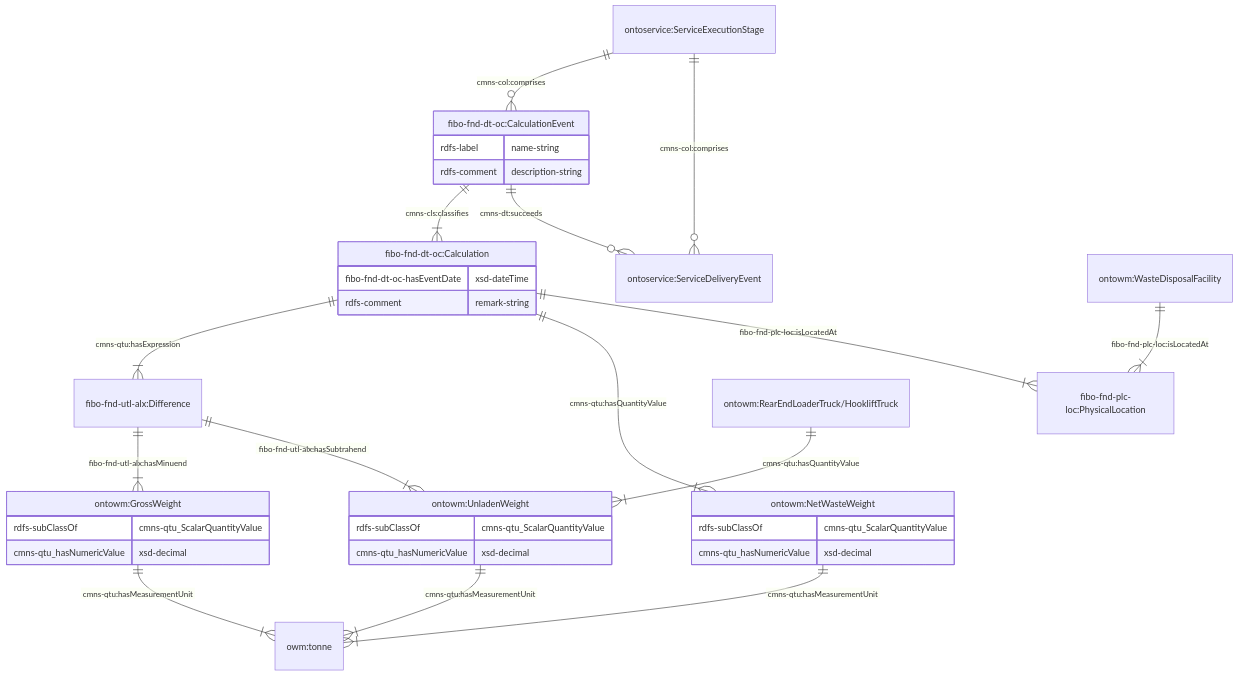
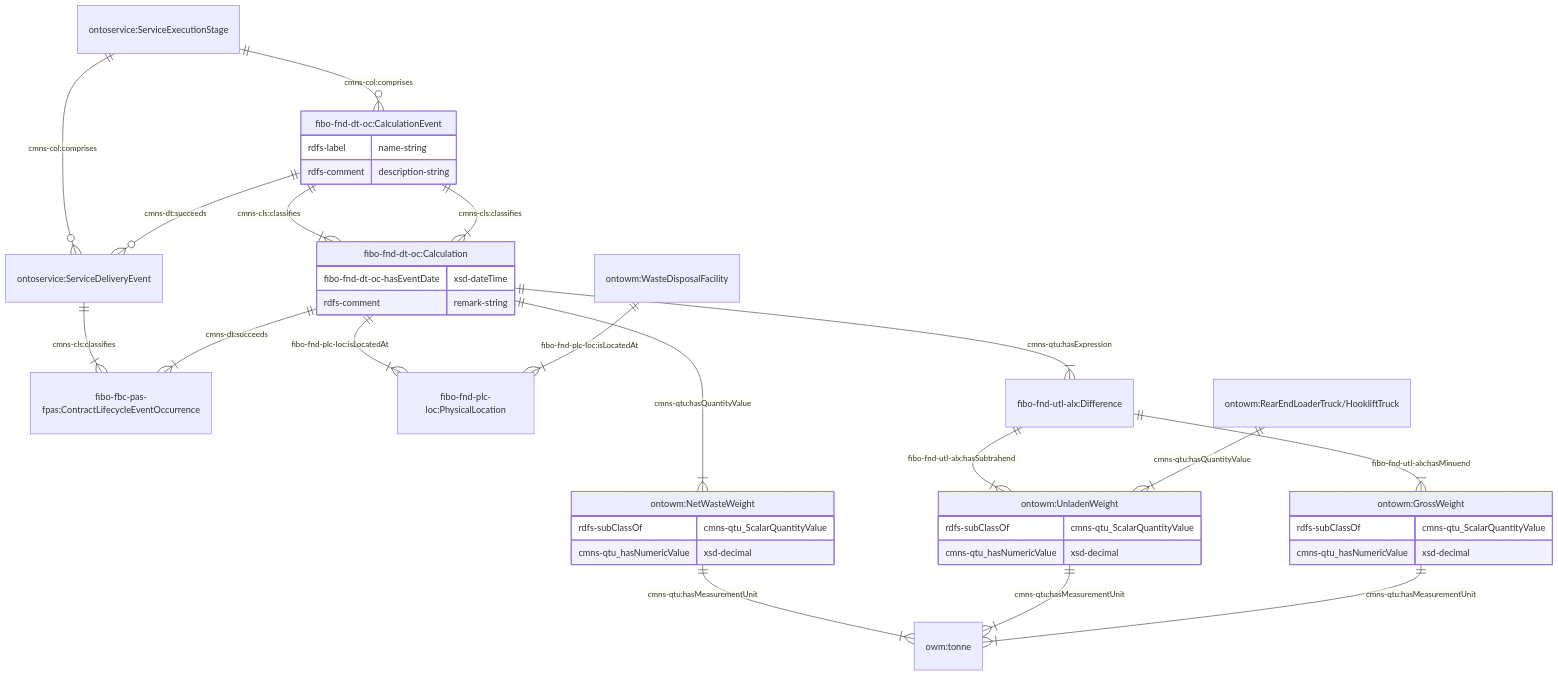
One commit to cambridge-cares/TheWorldAvatar changed the sixth of 11 diagrams in JPS_Ontology/ontology/ontowastemanagement/README.md. Above: the diagram before and after it, drawn with Mermaid. The commit also changed other lines of this file and 4 other files, not shown here.

````diff
--- a/JPS_Ontology/ontology/ontowastemanagement/README.md
+++ b/JPS_Ontology/ontology/ontowastemanagement/README.md
@@ -285,43 +289,46 @@
 ```mermaid
     erDiagram
     "ontoservice:ServiceExecutionStage" ||--o{ "ontoservice:ServiceDeliveryEvent" : "cmns-col:comprises"
     "ontoservice:ServiceExecutionStage" ||--o{ "fibo-fnd-dt-oc:CalculationEvent" : "cmns-col:comprises"
+    "ontoservice:ServiceDeliveryEvent" ||--|{ "fibo-fbc-pas-fpas:ContractLifecycleEventOccurrence" : "cmns-cls:classifies"
+    "fibo-fnd-dt-oc:CalculationEvent" ||--|{ "fibo-fnd-dt-oc:Calculation" : "cmns-cls:classifies"
     "fibo-fnd-dt-oc:CalculationEvent" ||--o{ "ontoservice:ServiceDeliveryEvent" : "cmns-dt:succeeds"
+    "fibo-fnd-dt-oc:Calculation" ||--|{ "fibo-fbc-pas-fpas:ContractLifecycleEventOccurrence" : "cmns-dt:succeeds"
     "fibo-fnd-dt-oc:CalculationEvent" {
         rdfs-label name-string
         rdfs-comment description-string
     }
 
     "fibo-fnd-dt-oc:CalculationEvent" ||--|{ "fibo-fnd-dt-oc:Calculation" : "cmns-cls:classifies"
     "fibo-fnd-dt-oc:Calculation" {
         fibo-fnd-dt-oc-hasEventDate xsd-dateTime
         rdfs-comment remark-string
     }
 
     "fibo-fnd-dt-oc:Calculation" ||--|{ "fibo-fnd-plc-loc:PhysicalLocation" : "fibo-fnd-plc-loc:isLocatedAt"
     "ontowm:WasteDisposalFacility" ||--|{ "fibo-fnd-plc-loc:PhysicalLocation" : "fibo-fnd-plc-loc:isLocatedAt"
 
     "fibo-fnd-dt-oc:Calculation" ||--|{ "ontowm:NetWasteWeight" : "cmns-qtu:hasQuantityValue"
     "ontowm:NetWasteWeight" ||--|{ "owm:tonne" : "cmns-qtu:hasMeasurementUnit"
     "ontowm:NetWasteWeight" {
         rdfs-subClassOf cmns-qtu_ScalarQuantityValue
         cmns-qtu_hasNumericValue xsd-decimal
     }
 
     "fibo-fnd-dt-oc:Calculation" ||--|{ "fibo-fnd-utl-alx:Difference" : "cmns-qtu:hasExpression"
     "fibo-fnd-utl-alx:Difference" ||--|{ "ontowm:UnladenWeight" : "fibo-fnd-utl-alx:hasSubtrahend"
     "fibo-fnd-utl-alx:Difference" ||--|{ "ontowm:GrossWeight" : "fibo-fnd-utl-alx:hasMinuend"
 
     "ontowm:UnladenWeight" ||--|{ "owm:tonne" : "cmns-qtu:hasMeasurementUnit"
     "ontowm:RearEndLoaderTruck/HookliftTruck" ||--|{ "ontowm:UnladenWeight" : "cmns-qtu:hasQuantityValue"
     "ontowm:UnladenWeight" {
         rdfs-subClassOf cmns-qtu_ScalarQuantityValue
         cmns-qtu_hasNumericValue xsd-decimal
     }
 
     "ontowm:GrossWeight" ||--|{ "owm:tonne" : "cmns-qtu:hasMeasurementUnit"
     "ontowm:GrossWeight" {
         rdfs-subClassOf cmns-qtu_ScalarQuantityValue
         cmns-qtu_hasNumericValue xsd-decimal
     }
 ```
````
